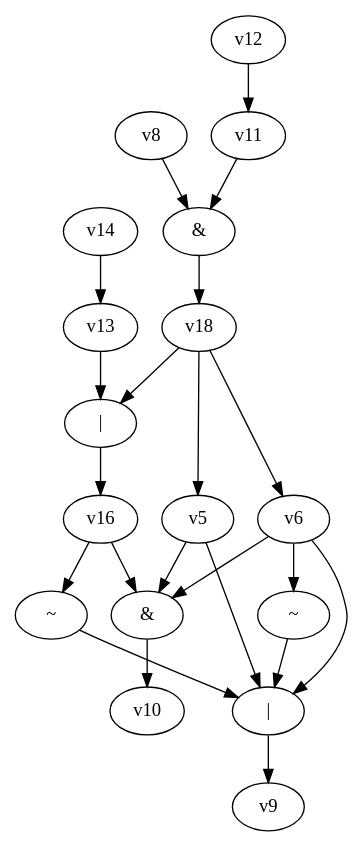
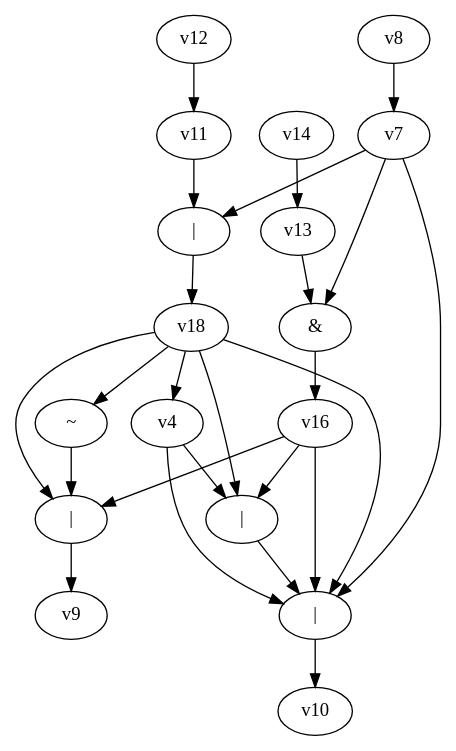
The diagram in dot_files/random_bool_circ.dot (yadej/graph_project), drawn with Graphviz before and after one commit. The commit also changed 3 other files, not shown here.

```diff
--- a/dot_files/random_bool_circ.dot
+++ b/dot_files/random_bool_circ.dot
@@ -1,27 +1,30 @@
 digraph G { 
 v0 [label="|"]; 
-v1 [label="&"]; 
-v2 [label="~"]; 
-v3 [label="~"]; 
-v15 [label="|"]; 
-v17 [label="&"]; 
+v1 [label="~"]; 
+v2 [label="|"]; 
+v3 [label="|"]; 
+v15 [label="&"]; 
+v17 [label="|"]; 
 v0 -> v9;
-v1 -> v10;
-v2 -> v0;
-v3 -> v0;
-v5 -> v0;
-v5 -> v1;
-v6 -> v0;
-v6 -> v1;
-v6 -> v3;
-v8 -> v17 -> v18;
+v1 -> v0;
+v2 -> v10;
+v3 -> v2;
+v4 -> v2;
+v4 -> v3;
+v7 -> v2;
+v7 -> v15 -> v16;
+v7 -> v17 -> v18;
+v8 -> v7;
 v11 -> v17;
 v12 -> v11;
-v13 -> v15 -> v16;
+v13 -> v15;
 v14 -> v13;
-v16 -> v1;
+v16 -> v0;
 v16 -> v2;
-v18 -> v5;
-v18 -> v6;
-v18 -> v15;
+v16 -> v3;
+v18 -> v0;
+v18 -> v1;
+v18 -> v2;
+v18 -> v3;
+v18 -> v4;
 }
```
